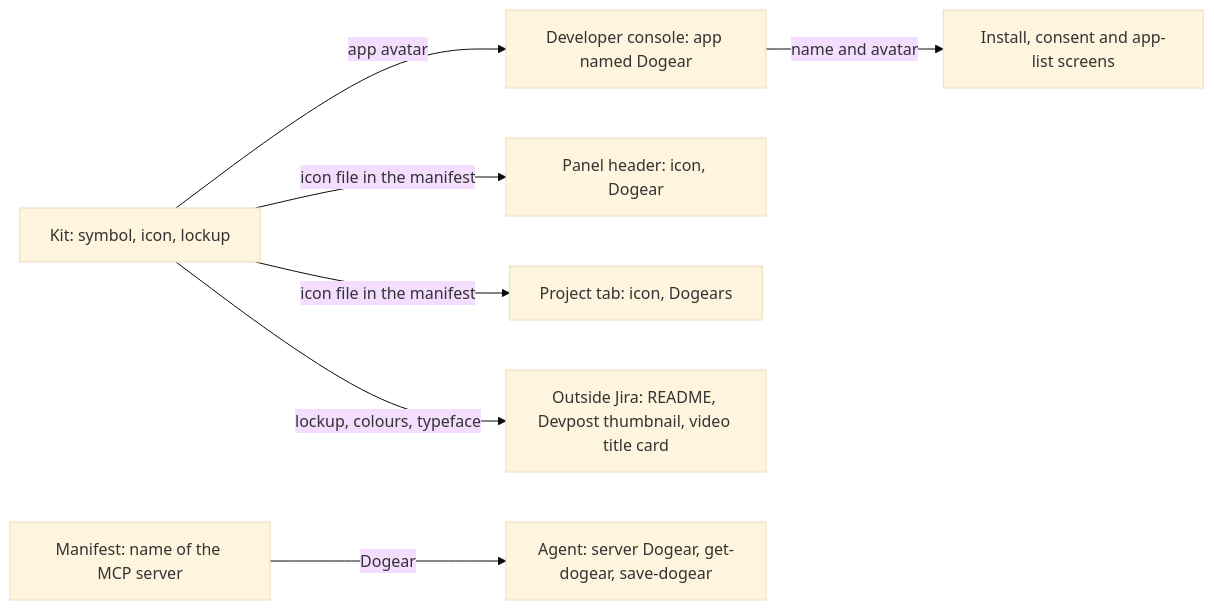
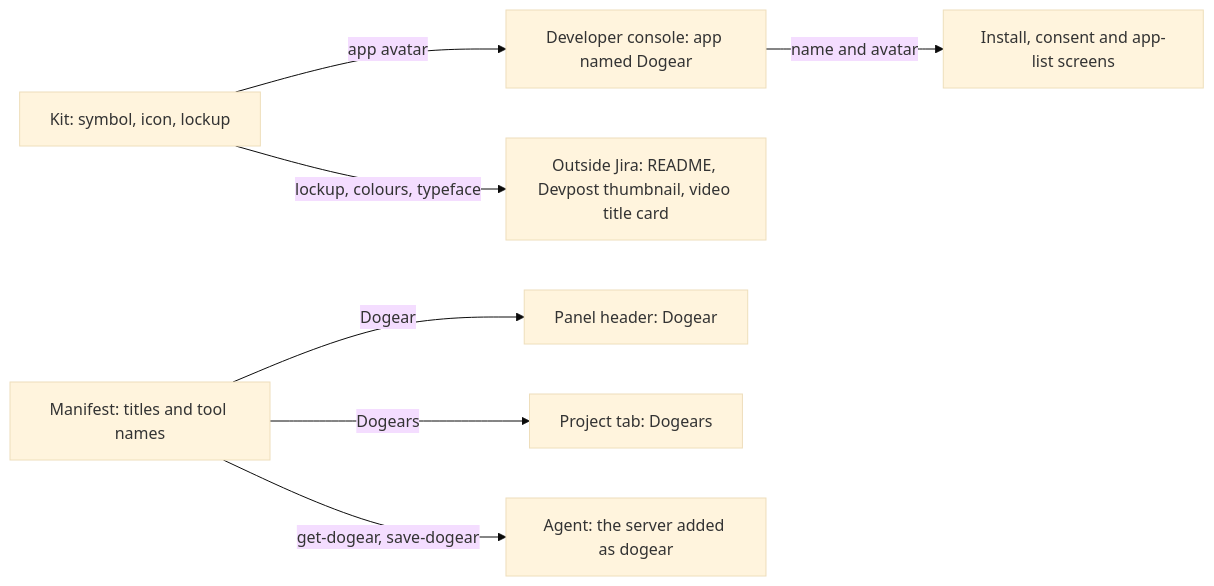
Before and after one commit to dzaffren/dogear: the second of 4 diagrams in docs/specs/dogear-brand.md, drawn with Mermaid (base theme). The commit also changed other lines of this file and 1 other file, not shown here.

Commit message:
docs(spec): write the technical plan of dogear-brand

````diff
--- a/docs/specs/dogear-brand.md
+++ b/docs/specs/dogear-brand.md
@@ -144,9 +147,9 @@
 ```mermaid
 flowchart LR
     K["Kit: symbol, icon, lockup"] -- "app avatar" --> A["Developer console: app named Dogear"]
     A -- "name and avatar" --> I["Install, consent and app-list screens"]
-    K -- "icon file in the manifest" --> P["Panel header: icon, Dogear"]
-    K -- "icon file in the manifest" --> T["Project tab: icon, Dogears"]
-    M["Manifest: name of the MCP server"] -- "Dogear" --> C["Agent: server Dogear, get-dogear, save-dogear"]
+    M["Manifest: titles and tool names"] -- "Dogear" --> P["Panel header: Dogear"]
+    M -- "Dogears" --> T["Project tab: Dogears"]
+    M -- "get-dogear, save-dogear" --> C["Agent: the server added as dogear"]
     K -- "lockup, colours, typeface" --> O["Outside Jira: README, Devpost thumbnail, video title card"]
 ```
````
